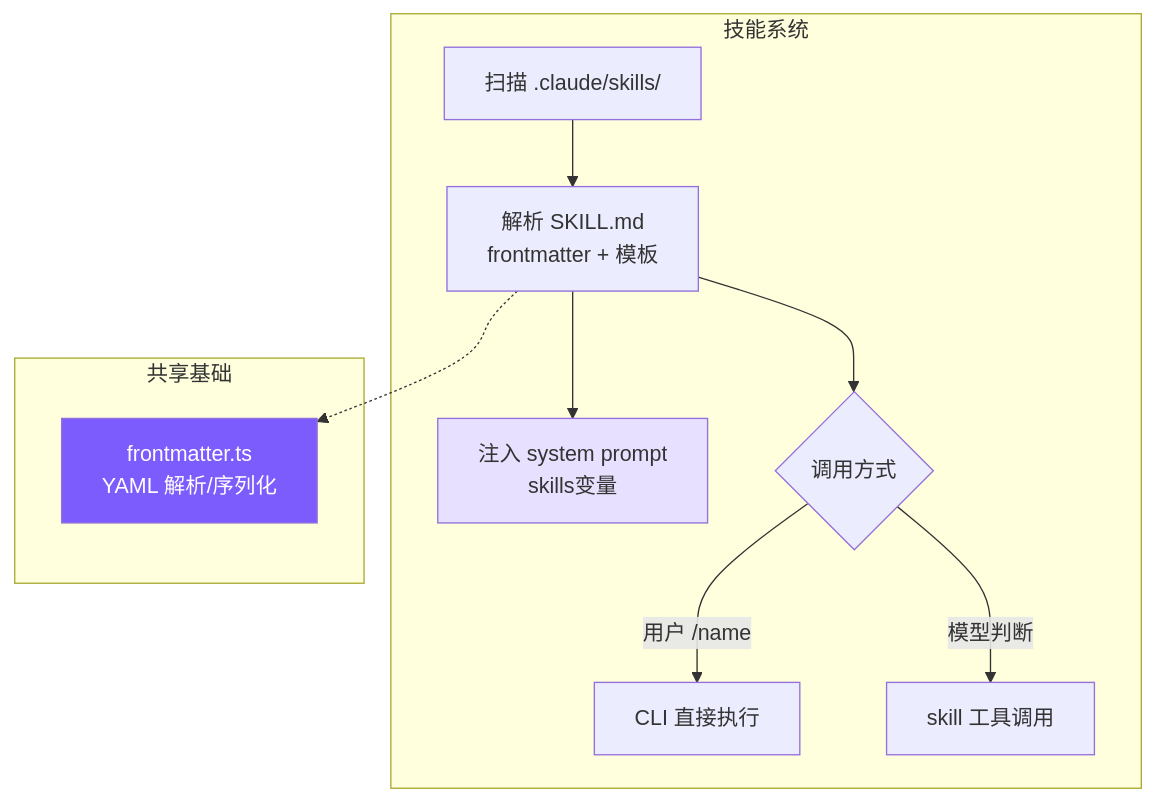
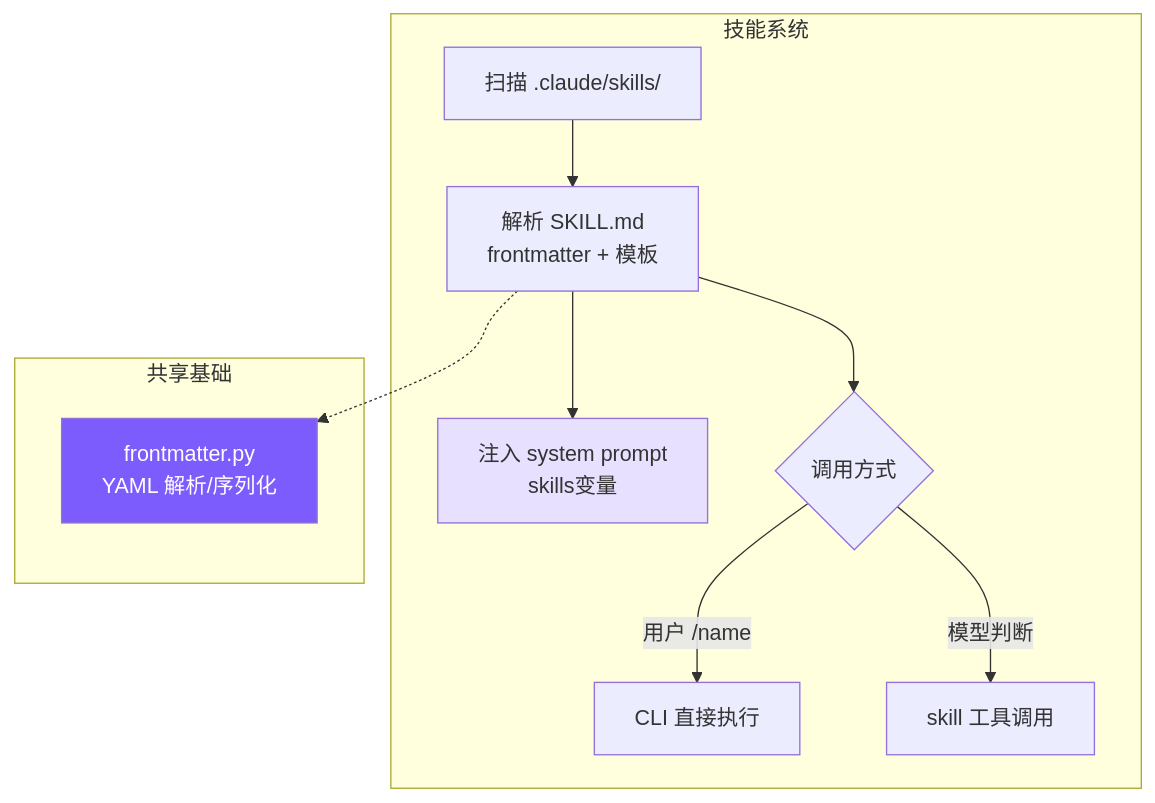
One commit to Kellin233/nano_code changed the first of 3 diagrams in docs/09-skills.md. Above: the diagram before and after it, drawn with Mermaid. The commit also changed other lines of this file and 114 other files, not shown here.

````diff
--- a/docs/09-skills.md
+++ b/docs/09-skills.md
@@ -7,19 +7,19 @@
 ```mermaid
 graph TB
     subgraph 技能系统
         Discover[扫描 .claude/skills/] --> Parse[解析 SKILL.md<br/>frontmatter + 模板]
         Parse --> Inject[注入 system prompt<br/>skills变量]
         Parse --> Invoke{调用方式}
         Invoke -->|用户 /name| REPL[CLI 直接执行]
         Invoke -->|模型判断| Tool[skill 工具调用]
     end
 
     subgraph 共享基础
-        FM[frontmatter.ts<br/>YAML 解析/序列化]
+        FM[frontmatter.py<br/>YAML 解析/序列化]
     end
 
     Parse -.-> FM
 
     style FM fill:#7c5cfc,color:#fff
     style Inject fill:#e8e0ff
 ```
````
